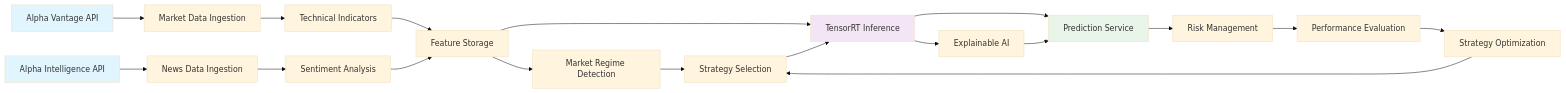
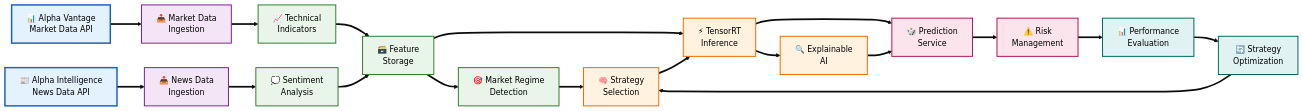
The second of 2 diagrams in readme.md (danjloveless/hyper-heuristic-trading-agent), drawn with Mermaid (base theme) before and after one commit. The commit also changed other lines of this file, not shown here.

Commit message:
Readme mermaid diagrams updated for visual clarity

````diff
--- a/readme.md
+++ b/readme.md
@@ -161,30 +190,65 @@
 ```mermaid
 flowchart LR
-    AV[Alpha Vantage API] --> MDI[Market Data Ingestion]
-    AI[Alpha Intelligence API] --> NDI[News Data Ingestion]
+    %% Data Sources
+    AV["📊 Alpha Vantage<br/>Market Data API"]
+    AI["📰 Alpha Intelligence<br/>News Data API"]
     
-    MDI --> TIE[Technical Indicators]
-    NDI --> SAE[Sentiment Analysis]
+    %% Processing Pipeline
+    MDI["📥 Market Data<br/>Ingestion"]
+    NDI["📥 News Data<br/>Ingestion"]
     
-    TIE --> FSR[Feature Storage]
-    SAE --> FSR
-    FSR --> MRD[Market Regime Detection]
+    TIE["📈 Technical<br/>Indicators"]
+    SAE["💭 Sentiment<br/>Analysis"]
     
-    MRD --> HHS[Strategy Selection]
-    FSR --> TRT[TensorRT Inference]
-    HHS --> TRT
+    FSR["🗃️ Feature<br/>Storage"]
+    MRD["🎯 Market Regime<br/>Detection"]
     
-    TRT --> EAI[Explainable AI]
-    TRT --> PS[Prediction Service]
-    EAI --> PS
+    HHS["🧠 Strategy<br/>Selection"]
+    TRT["⚡ TensorRT<br/>Inference"]
     
-    PS --> RM[Risk Management]
-    RM --> PE[Performance Evaluation]
-    PE --> SO[Strategy Optimization]
-    SO --> HHS
+    EAI["🔍 Explainable<br/>AI"]
+    PS["🎲 Prediction<br/>Service"]
     
-    style AV fill:#e1f5fe
-    style AI fill:#e1f5fe
-    style TRT fill:#f3e5f5
-    style PS fill:#e8f5e8
+    RM["⚠️ Risk<br/>Management"]
+    PE["📊 Performance<br/>Evaluation"]
+    SO["🔄 Strategy<br/>Optimization"]
+    
+    %% Data Flow
+    AV ==> MDI
+    AI ==> NDI
+    
+    MDI ==> TIE
+    NDI ==> SAE
+    
+    TIE ==> FSR
+    SAE ==> FSR
+    FSR ==> MRD
+    
+    MRD ==> HHS
+    FSR ==> TRT
+    HHS ==> TRT
+    
+    TRT ==> EAI
+    TRT ==> PS
+    EAI ==> PS
+    
+    PS ==> RM
+    RM ==> PE
+    PE ==> SO
+    SO ==> HHS
+    
+    %% Styling for different stages
+    classDef source fill:#e3f2fd,stroke:#1565c0,stroke-width:3px,color:#000
+    classDef ingestion fill:#f3e5f5,stroke:#7b1fa2,stroke-width:2px,color:#000
+    classDef processing fill:#e8f5e8,stroke:#2e7d32,stroke-width:2px,color:#000
+    classDef ml fill:#fff3e0,stroke:#ef6c00,stroke-width:2px,color:#000
+    classDef business fill:#fce4ec,stroke:#ad1457,stroke-width:2px,color:#000
+    classDef feedback fill:#e0f2f1,stroke:#00695c,stroke-width:2px,color:#000
+    
+    class AV,AI source
+    class MDI,NDI ingestion
+    class TIE,SAE,FSR,MRD processing
+    class HHS,TRT,EAI ml
+    class PS,RM business
+    class PE,SO feedback
 ```
````
